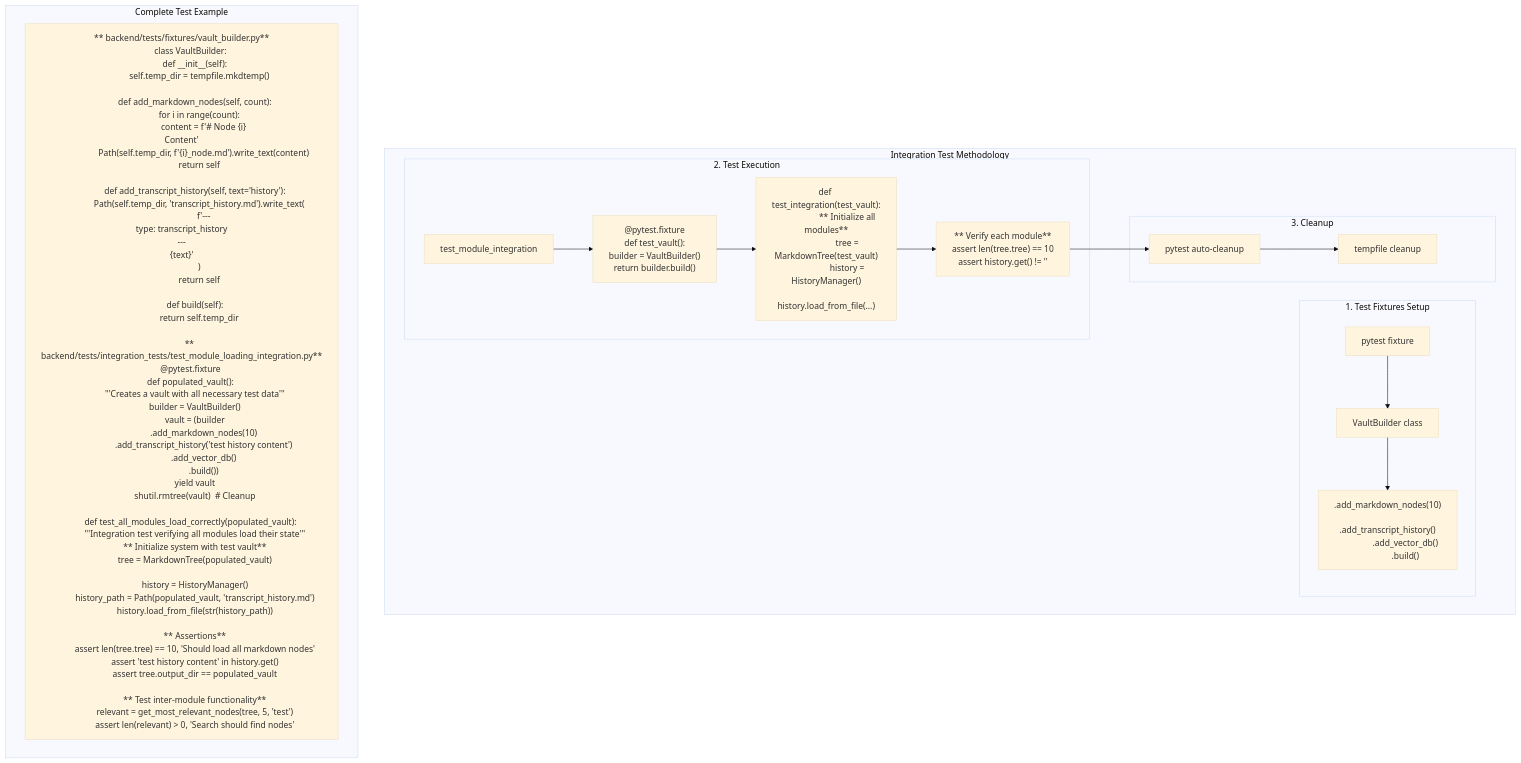
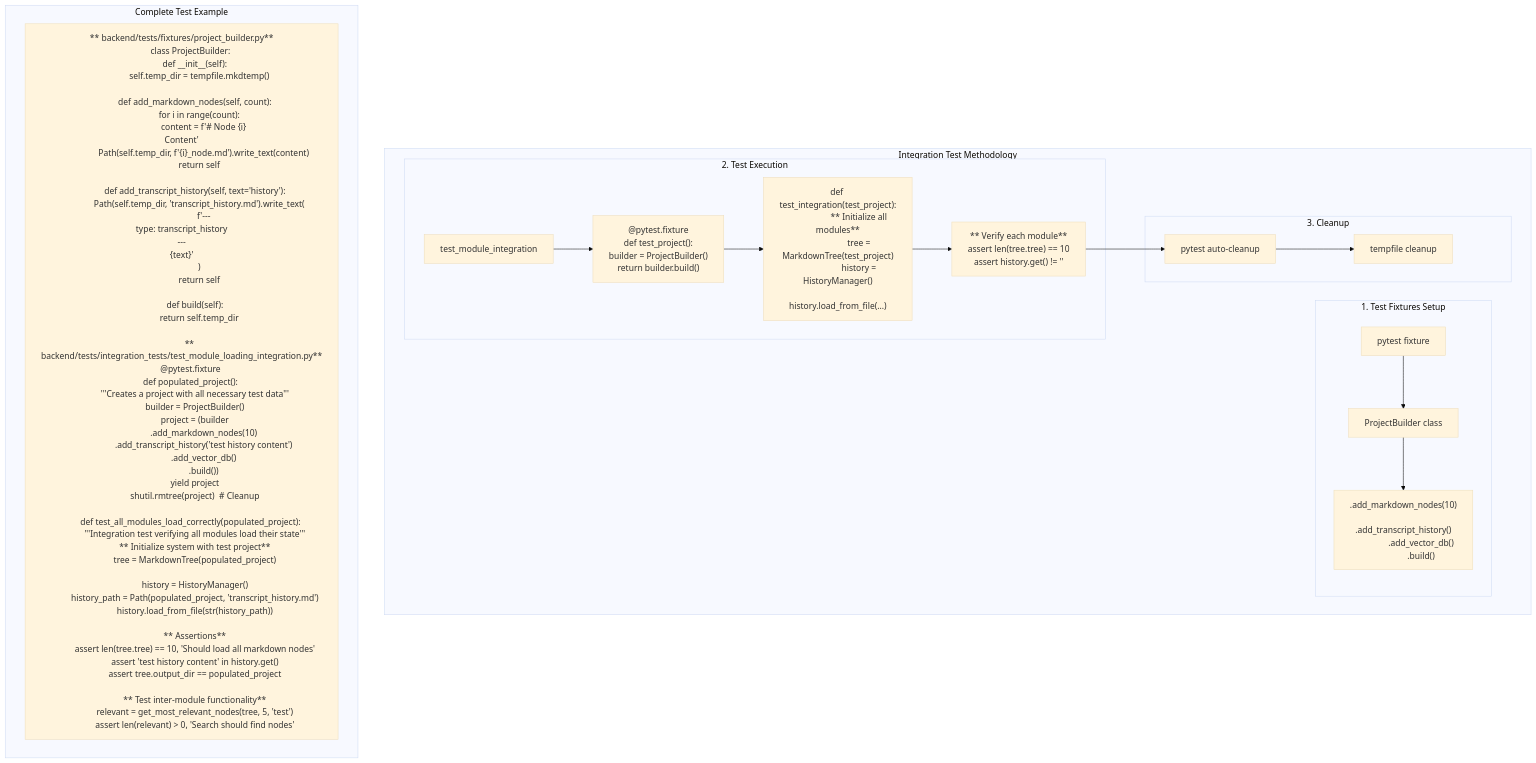
The diagram in backend/tests/fixtures/real_example_folder/integration-testing/37_1_Bob_Complete_Integration_Test_Methodology_Answer.md (voicetreelab/voicetree), drawn with Mermaid (base theme) before and after one commit. The commit also changed other lines of this file and 1020 other files, not shown here.

First line of the commit message:
refactor(project): remove legacy path vocabulary

```diff
--- a/backend/tests/fixtures/real_example_folder/integration-testing/37_1_Bob_Complete_Integration_Test_Methodology_Answer.md
+++ b/backend/tests/fixtures/real_example_folder/integration-testing/37_1_Bob_Complete_Integration_Test_Methodology_Answer.md
@@ -24,7 +24,7 @@
     subgraph "Integration Test Methodology"
         subgraph "1. Test Fixtures Setup"
             F1[pytest fixture]
-            F1 --> VB[VaultBuilder class]
+            F1 --> VB[ProjectBuilder class]
             VB --> Methods["
                 .add_markdown_nodes(10)
                 .add_transcript_history()
@@ -37,15 +37,15 @@
             Test[test_module_integration]
             Test --> Setup["
                 @pytest.fixture
-                def test_vault():
-                    builder = VaultBuilder()
+                def test_project():
+                    builder = ProjectBuilder()
                     return builder.build()
             "]
             
             Setup --> Run["
-                def test_integration(test_vault):
+                def test_integration(test_project):
                     ** Initialize all modules**
-                    tree = MarkdownTree(test_vault)
+                    tree = MarkdownTree(test_project)
                     history = HistoryManager()
                     history.load_from_file(...)
             "]
@@ -65,8 +65,8 @@
     
     subgraph "Complete Test Example"
         Code["
-        ** backend/tests/fixtures/vault_builder.py**
-        class VaultBuilder:
+        ** backend/tests/fixtures/project_builder.py**
+        class ProjectBuilder:
             def __init__(self):
                 self.temp_dir = tempfile.mkdtemp()
                 
@@ -87,30 +87,30 @@
                 
         ** backend/tests/integration_tests/test_module_loading_integration.py**
         @pytest.fixture
-        def populated_vault():
-            '''Creates a vault with all necessary test data'''
-            builder = VaultBuilder()
-            vault = (builder
+        def populated_project():
+            '''Creates a project with all necessary test data'''
+            builder = ProjectBuilder()
+            project = (builder
                     .add_markdown_nodes(10)
                     .add_transcript_history('test history content')
                     .add_vector_db()
                     .build())
-            yield vault
-            shutil.rmtree(vault)  # Cleanup
+            yield project
+            shutil.rmtree(project)  # Cleanup
             
-        def test_all_modules_load_correctly(populated_vault):
+        def test_all_modules_load_correctly(populated_project):
             '''Integration test verifying all modules load their state'''
-            ** Initialize system with test vault**
-            tree = MarkdownTree(populated_vault)
+            ** Initialize system with test project**
+            tree = MarkdownTree(populated_project)
             
             history = HistoryManager()
-            history_path = Path(populated_vault, 'transcript_history.md')
+            history_path = Path(populated_project, 'transcript_history.md')
             history.load_from_file(str(history_path))
             
             ** Assertions**
             assert len(tree.tree) == 10, 'Should load all markdown nodes'
             assert 'test history content' in history.get()
-            assert tree.output_dir == populated_vault
+            assert tree.output_dir == populated_project
             
             ** Test inter-module functionality**
             relevant = get_most_relevant_nodes(tree, 5, 'test')
```
